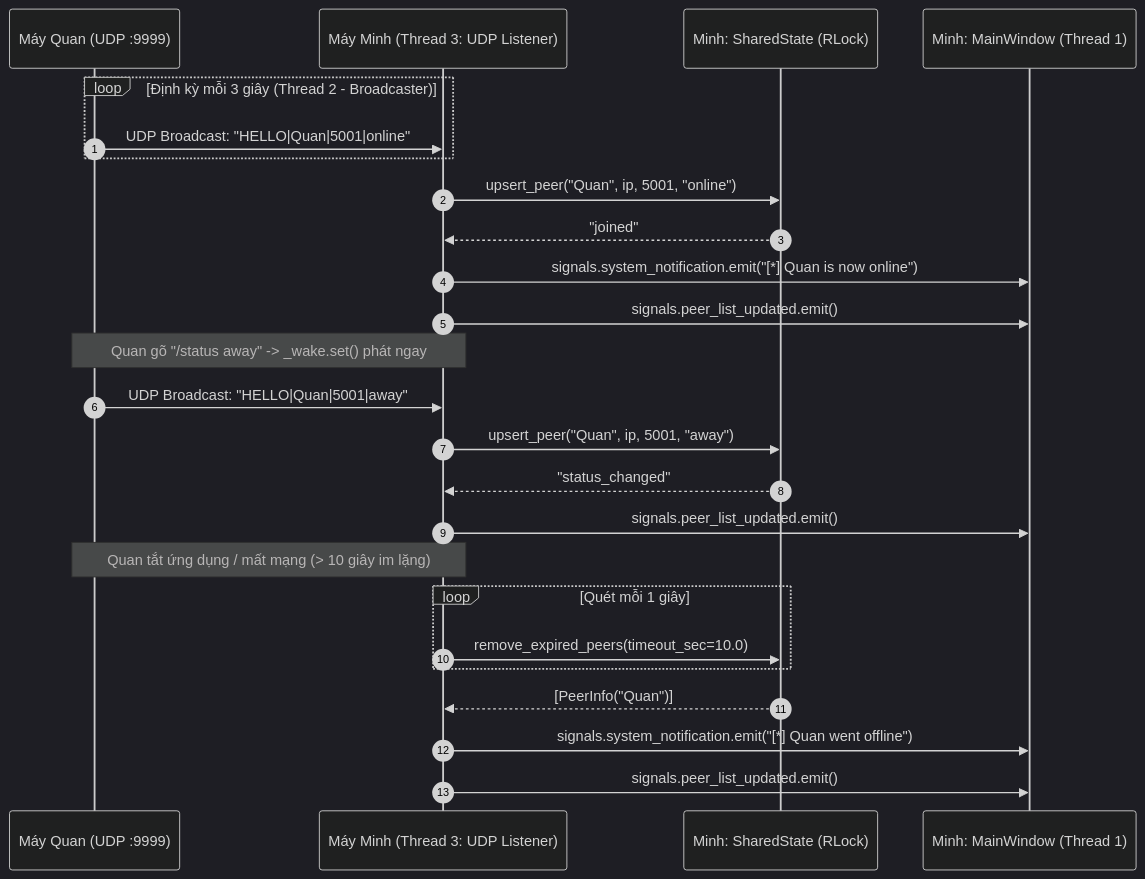
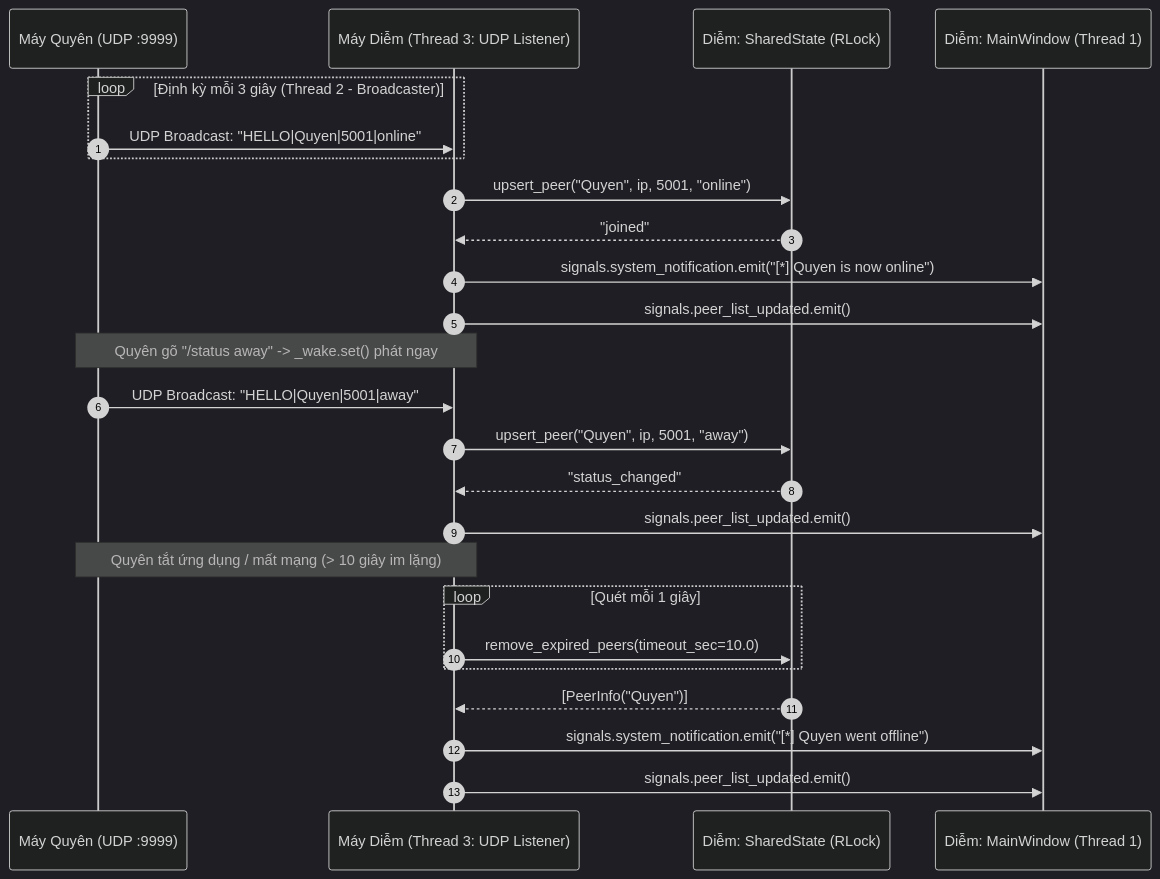
Before and after one commit to vvienee/Socket_LanChatFileSharing: the second of 4 diagrams in report.md, drawn with Mermaid (dark theme). The commit also changed other lines of this file and 1 other file, not shown here.

````diff
--- a/report.md
+++ b/report.md
@@ -253,30 +253,30 @@
 ```mermaid
 sequenceDiagram
     autonumber
-    participant Q as Máy Quan (UDP :9999)
-    participant M as Máy Minh (Thread 3: UDP Listener)
-    participant SS as Minh: SharedState (RLock)
-    participant UI as Minh: MainWindow (Thread 1)
+    participant Q as Máy Quyên (UDP :9999)
+    participant D as Máy Diễm (Thread 3: UDP Listener)
+    participant SS as Diễm: SharedState (RLock)
+    participant UI as Diễm: MainWindow (Thread 1)
 
     loop Định kỳ mỗi 3 giây (Thread 2 - Broadcaster)
-        Q->>M: UDP Broadcast: "HELLO|Quan|5001|online"
+        Q->>D: UDP Broadcast: "HELLO|Quyen|5001|online"
     end
-    M->>SS: upsert_peer("Quan", ip, 5001, "online")
-    SS-->>M: "joined"
-    M->>UI: signals.system_notification.emit("[*] Quan is now online")
-    M->>UI: signals.peer_list_updated.emit()
+    D->>SS: upsert_peer("Quyen", ip, 5001, "online")
+    SS-->>D: "joined"
+    D->>UI: signals.system_notification.emit("[*] Quyen is now online")
+    D->>UI: signals.peer_list_updated.emit()
 
-    Note over Q,M: Quan gõ "/status away" -> _wake.set() phát ngay
-    Q->>M: UDP Broadcast: "HELLO|Quan|5001|away"
-    M->>SS: upsert_peer("Quan", ip, 5001, "away")
-    SS-->>M: "status_changed"
-    M->>UI: signals.peer_list_updated.emit()
+    Note over Q,D: Quyên gõ "/status away" -> _wake.set() phát ngay
+    Q->>D: UDP Broadcast: "HELLO|Quyen|5001|away"
+    D->>SS: upsert_peer("Quyen", ip, 5001, "away")
+    SS-->>D: "status_changed"
+    D->>UI: signals.peer_list_updated.emit()
 
-    Note over Q,M: Quan tắt ứng dụng / mất mạng (> 10 giây im lặng)
+    Note over Q,D: Quyên tắt ứng dụng / mất mạng (> 10 giây im lặng)
     loop Quét mỗi 1 giây
-        M->>SS: remove_expired_peers(timeout_sec=10.0)
+        D->>SS: remove_expired_peers(timeout_sec=10.0)
     end
-    SS-->>M: [PeerInfo("Quan")]
-    M->>UI: signals.system_notification.emit("[*] Quan went offline")
-    M->>UI: signals.peer_list_updated.emit()
+    SS-->>D: [PeerInfo("Quyen")]
+    D->>UI: signals.system_notification.emit("[*] Quyen went offline")
+    D->>UI: signals.peer_list_updated.emit()
 ```
````
